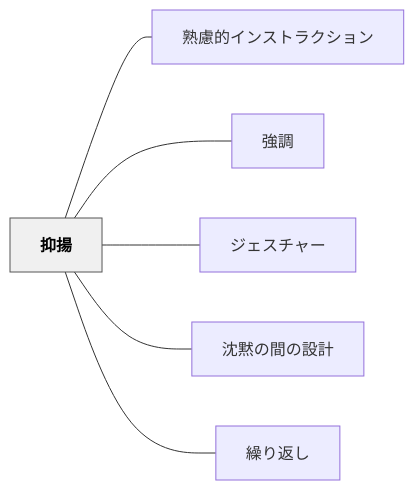
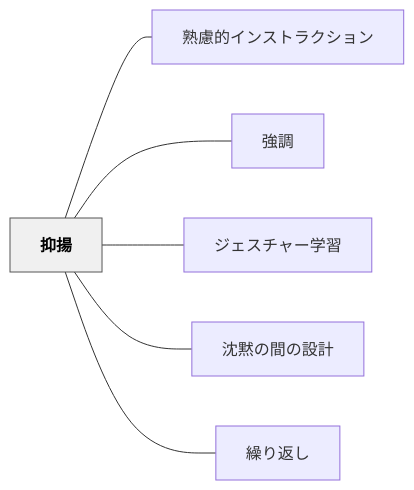
Before and after one commit to unknownthings-ed-patterns/unknownthings-ed-patterns: the diagram in content/パタン/抑揚.md, drawn with Mermaid. The commit also changed other lines of this file and 6 other files, not shown here.

````diff
--- a/content/パタン/抑揚.md
+++ b/content/パタン/抑揚.md
@@ -36,18 +36,18 @@
 ```mermaid
 flowchart LR
     ne68a91e68f9a["抑揚"]
     ne7869fe685aee79a84e382a4e383b3e382b9e38388e383a9e382afe382b7e383a7e383b3["熟慮的インストラクション"]
     ne5bcb7e8aabf["強調"]
-    ne382b8e382a7e382b9e38381e383a3e383bc["ジェスチャー"]
+    ne382b8e382a7e382b9e38381e383a3e383bce5ada6e7bf92["ジェスチャー学習"]
     ne6b288e9bb99e381aee99693e381aee8a8ade8a888["沈黙の間の設計"]
     ne7b9b0e3828ae8bf94e38197["繰り返し"]
 
     ne68a91e68f9a --- ne7869fe685aee79a84e382a4e383b3e382b9e38388e383a9e382afe382b7e383a7e383b3
     ne68a91e68f9a --- ne5bcb7e8aabf
-    ne68a91e68f9a --- ne382b8e382a7e382b9e38381e383a3e383bc
+    ne68a91e68f9a --- ne382b8e382a7e382b9e38381e383a3e383bce5ada6e7bf92
     ne68a91e68f9a --- ne6b288e9bb99e381aee99693e381aee8a8ade8a888
     ne68a91e68f9a --- ne7b9b0e3828ae8bf94e38197
 
     classDef hub fill:#f0f0f0,stroke:#555,color:#000,font-weight:bold
     class ne68a91e68f9a hub
 ```
````
